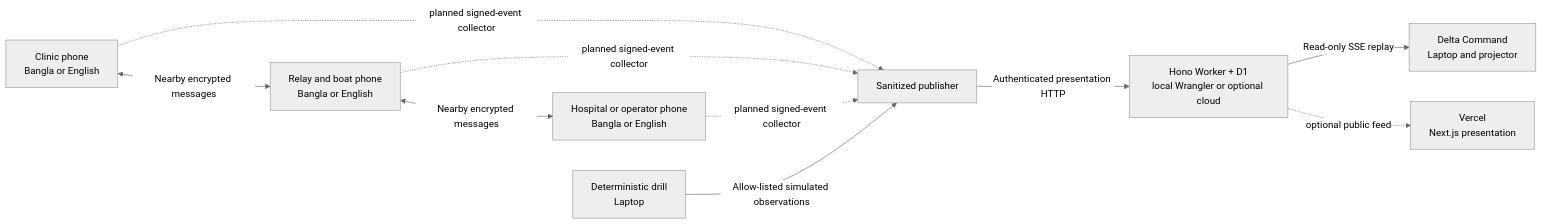
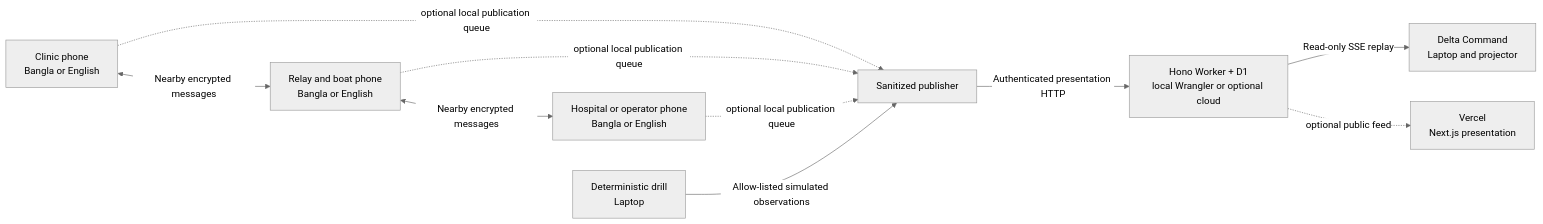
One commit to Seyamalam/digital-delta changed the first of 2 diagrams in docs/ARCHITECTURE.md. Above: the diagram before and after it, drawn with Mermaid (neutral theme). The commit also changed other lines of this file and 17 other files, not shown here.

````diff
--- a/docs/ARCHITECTURE.md
+++ b/docs/ARCHITECTURE.md
@@ -15,12 +15,12 @@
 ```mermaid
 flowchart LR
     A[Clinic phone\nBangla or English] <-->|Nearby encrypted messages| B[Relay and boat phone\nBangla or English]
     B <-->|Nearby encrypted messages| C[Hospital or operator phone\nBangla or English]
-    A -. planned signed-event collector .-> P[Sanitized publisher]
-    B -. planned signed-event collector .-> P
-    C -. planned signed-event collector .-> P
+    A -. optional local publication queue .-> P[Sanitized publisher]
+    B -. optional local publication queue .-> P
+    C -. optional local publication queue .-> P
     E[Deterministic drill\nLaptop] -->|Allow-listed simulated observations| P
     P -->|Authenticated presentation HTTP| F[Hono Worker + D1\nlocal Wrangler or optional cloud]
     F -->|Read-only SSE replay| D[Delta Command\nLaptop and projector]
     F -. optional public feed .-> G[Vercel\nNext.js presentation]
 ```
````
